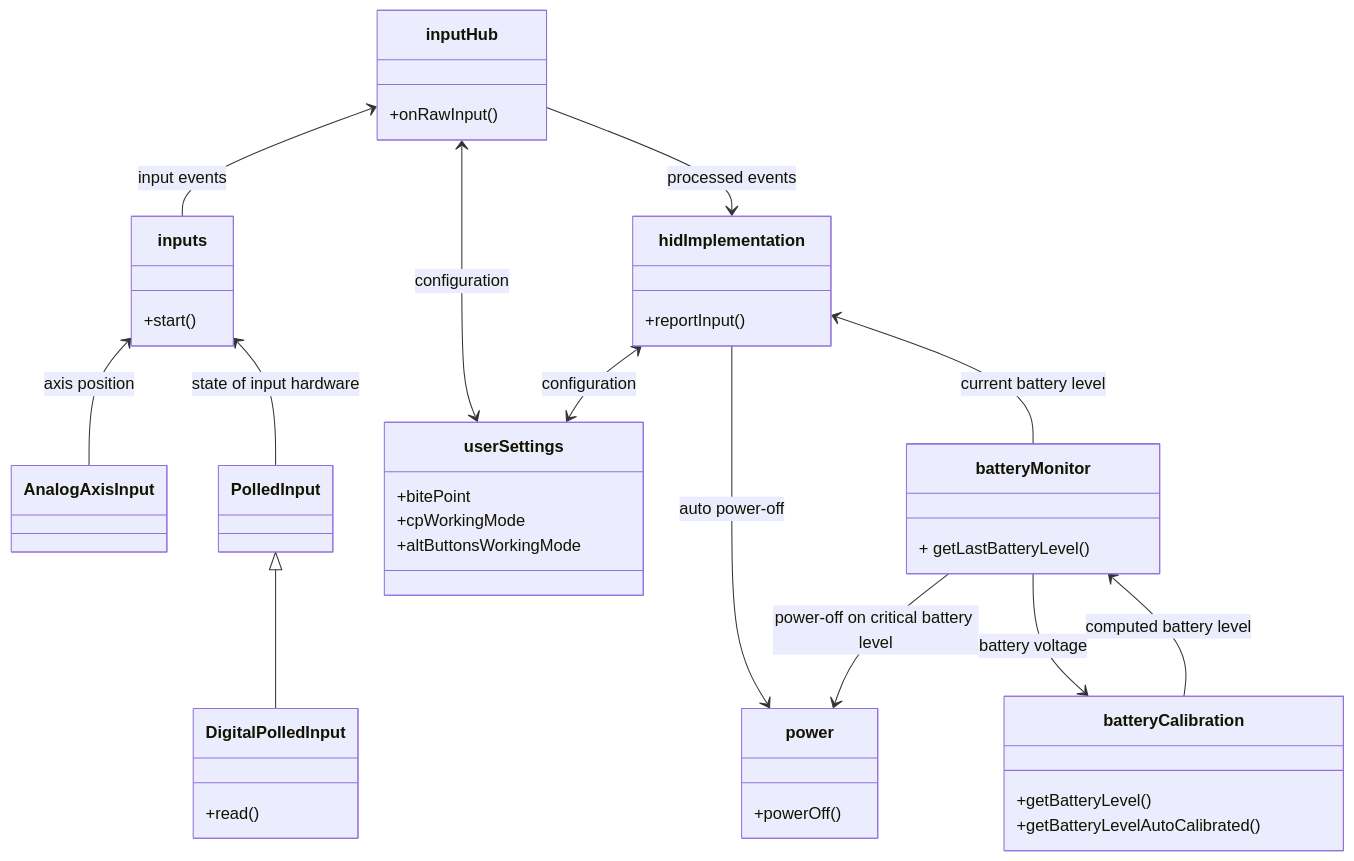
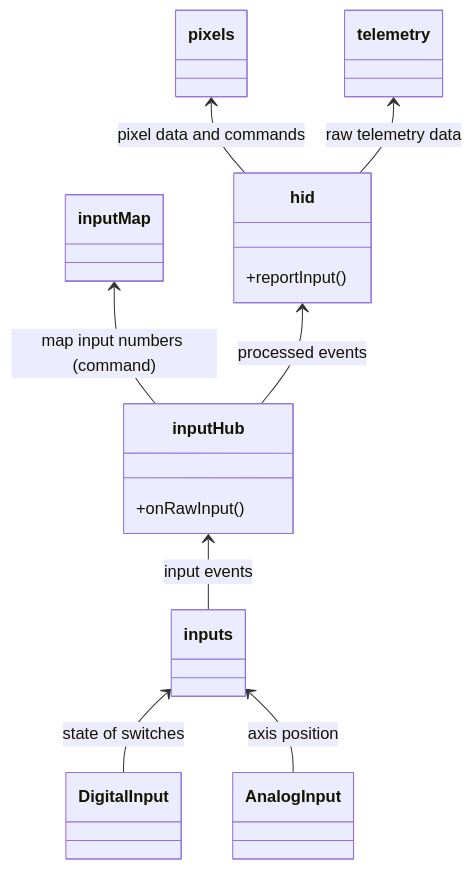
Before and after one commit to afpineda/OpenSourceSimWheelESP32: the first of 9 diagrams in doc/firmware/FirmwareArchitecture_en.md, drawn with Mermaid. The commit also changed other lines of this file and 375 other files, not shown here.

````diff
--- a/doc/firmware/FirmwareArchitecture_en.md
+++ b/doc/firmware/FirmwareArchitecture_en.md
@@ -76,43 +183,21 @@
 ```mermaid
 classDiagram
     class inputs {
-      +start()
     }
-    class AnalogAxisInput
+    class AnalogInput
     class inputHub {
       +onRawInput()
     }
-    class hidImplementation {
+    class hid {
       +reportInput()
     }
-    class power {
-      +powerOff()
-    }
-    class batteryCalibration {
-      +getBatteryLevel()
-      +getBatteryLevelAutoCalibrated()
-    }
-    class DigitalPolledInput {
-      +read()
-    }
-    class batteryMonitor {
-        + getLastBatteryLevel()
-    }
-    class userSettings {
-      +bitePoint
-      +cpWorkingMode
-      +altButtonsWorkingMode
-    }
+    class telemetry
+    class pixels
     inputHub <-- inputs: input events
-    inputs <-- PolledInput: state of input hardware
-    inputs <-- AnalogAxisInput: axis position
-    PolledInput <|-- DigitalPolledInput
-    inputHub --> hidImplementation: processed events
-    inputHub <--> userSettings: configuration
-    hidImplementation <--> userSettings: configuration
-    hidImplementation --> power: auto power-off
-    hidImplementation <-- batteryMonitor: current battery level
-    batteryMonitor --> batteryCalibration: battery voltage
-    batteryMonitor <-- batteryCalibration: computed battery level
-    batteryMonitor --> power: power-off on critical battery level
+    inputs <-- DigitalInput: state of switches
+    inputs <-- AnalogInput: axis position
+    inputMap <-- inputHub : map input numbers (command)
+    hid <-- inputHub: processed events
+    pixels <-- hid: pixel data and commands
+    telemetry <-- hid: raw telemetry data
 ```
````
